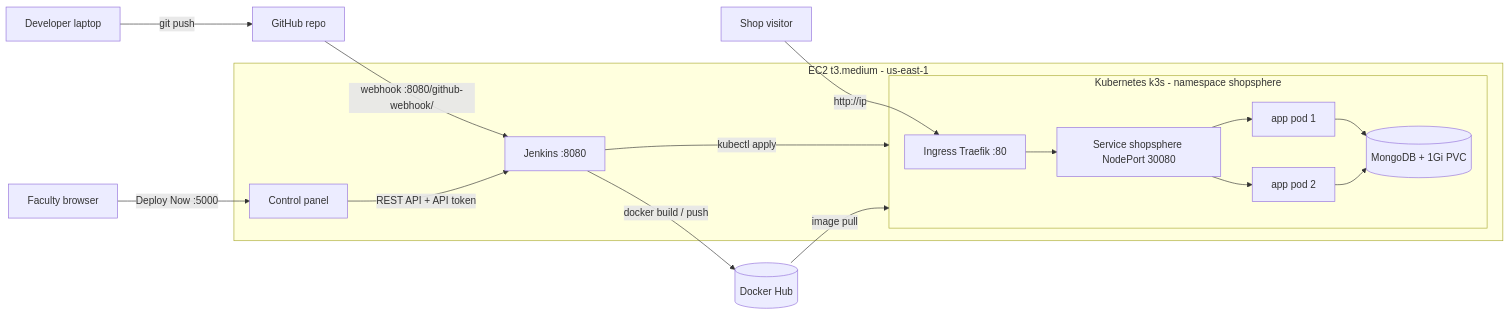
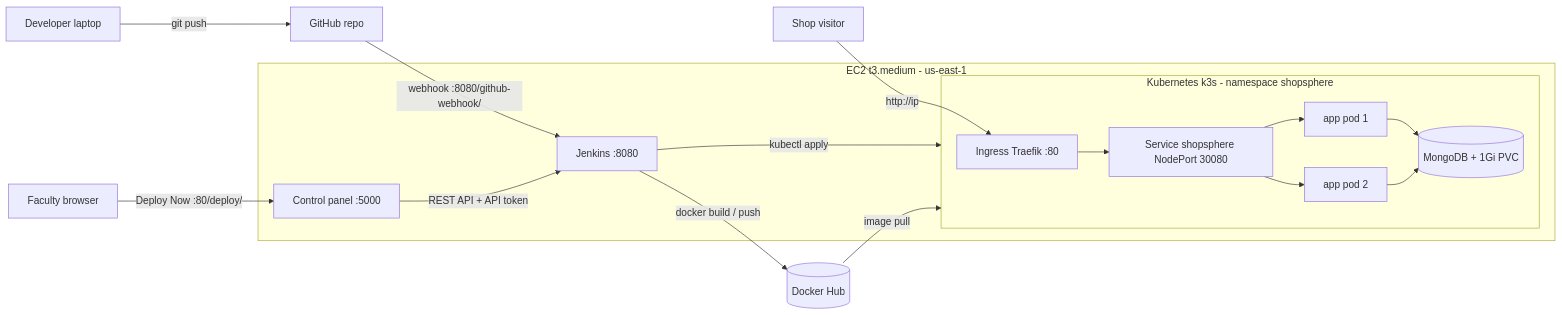
The diagram in docs/02-ARCHITECTURE.md (butterfly0404/shopsphere), drawn with Mermaid before and after one commit. The commit also changed other lines of this file and 13 other files, not shown here.

First line of the commit message:
Control panel: serve at http://<ip>/deploy/ on port 80 via k3s Ingress

````diff
--- a/docs/02-ARCHITECTURE.md
+++ b/docs/02-ARCHITECTURE.md
@@ -12,22 +12,22 @@
 ```mermaid
 flowchart LR
   dev[Developer laptop] -- git push --> gh[GitHub repo]
   gh -- webhook :8080/github-webhook/ --> jenkins
-  faculty[Faculty browser] -- Deploy Now :5000 --> panel[Control panel]
+  faculty[Faculty browser] -- Deploy Now :80/deploy/ --> panel[Control panel :5000]
   panel -- REST API + API token --> jenkins[Jenkins :8080]
   jenkins -- docker build / push --> hub[(Docker Hub)]
   jenkins -- kubectl apply --> k3s
   subgraph EC2 t3.medium - us-east-1
     jenkins
     panel
     subgraph k3s[Kubernetes k3s - namespace shopsphere]
       ing[Ingress Traefik :80] --> svc[Service shopsphere NodePort 30080]
       svc --> pod1[app pod 1]
       svc --> pod2[app pod 2]
       pod1 --> mongo[(MongoDB + 1Gi PVC)]
       pod2 --> mongo
     end
   end
   hub -- image pull --> k3s
   user[Shop visitor] -- http://ip --> ing
 ```
````
